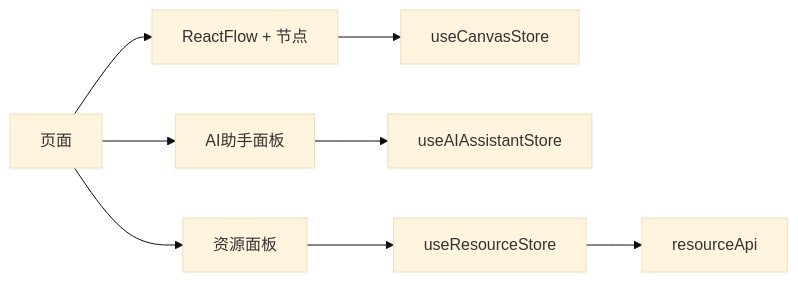
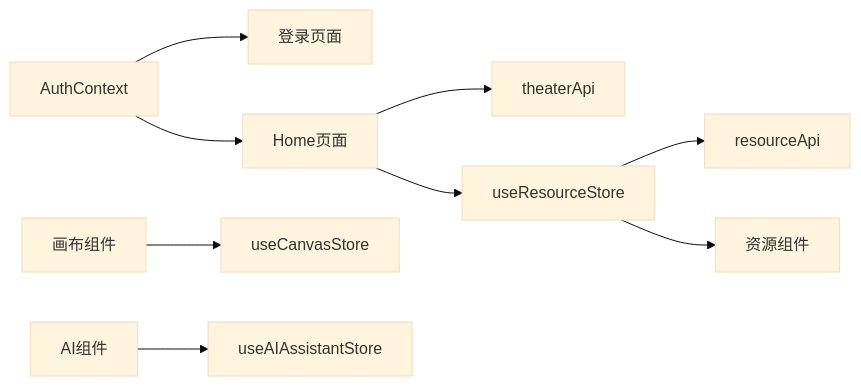
Before and after one commit to KunLabAI/KunFlix: the sixth of 6 diagrams in .qoder/repowiki/zh/content/前端组件系统/前端组件系统.md, drawn with Mermaid (base theme). The commit also changed other lines of this file and 5 other files, not shown here.

````diff
--- a/.qoder/repowiki/zh/content/前端组件系统/前端组件系统.md
+++ b/.qoder/repowiki/zh/content/前端组件系统/前端组件系统.md
@@ -270,10 +358,11 @@
 ```mermaid
 graph LR
-Page["页面"] --> Canvas["ReactFlow + 节点"]
-Page --> AI["AI助手面板"]
-Page --> Res["资源面板"]
-Canvas --> StoreCanvas["useCanvasStore"]
-AI --> StoreAI["useAIAssistantStore"]
-Res --> StoreRes["useResourceStore"]
-StoreRes --> API["resourceApi"]
+Auth["AuthContext"] --> LoginPage["登录页面"]
+Auth --> Home["Home页面"]
+Home --> TheaterApi["theaterApi"]
+Home --> ResourceStore["useResourceStore"]
+ResourceStore --> ResourceApi["resourceApi"]
+ResourceStore --> AssetComponents["资源组件"]
+CanvasComponents["画布组件"] --> CanvasStore["useCanvasStore"]
+AIComponents["AI组件"] --> AIStore["useAIAssistantStore"]
 ```
````
